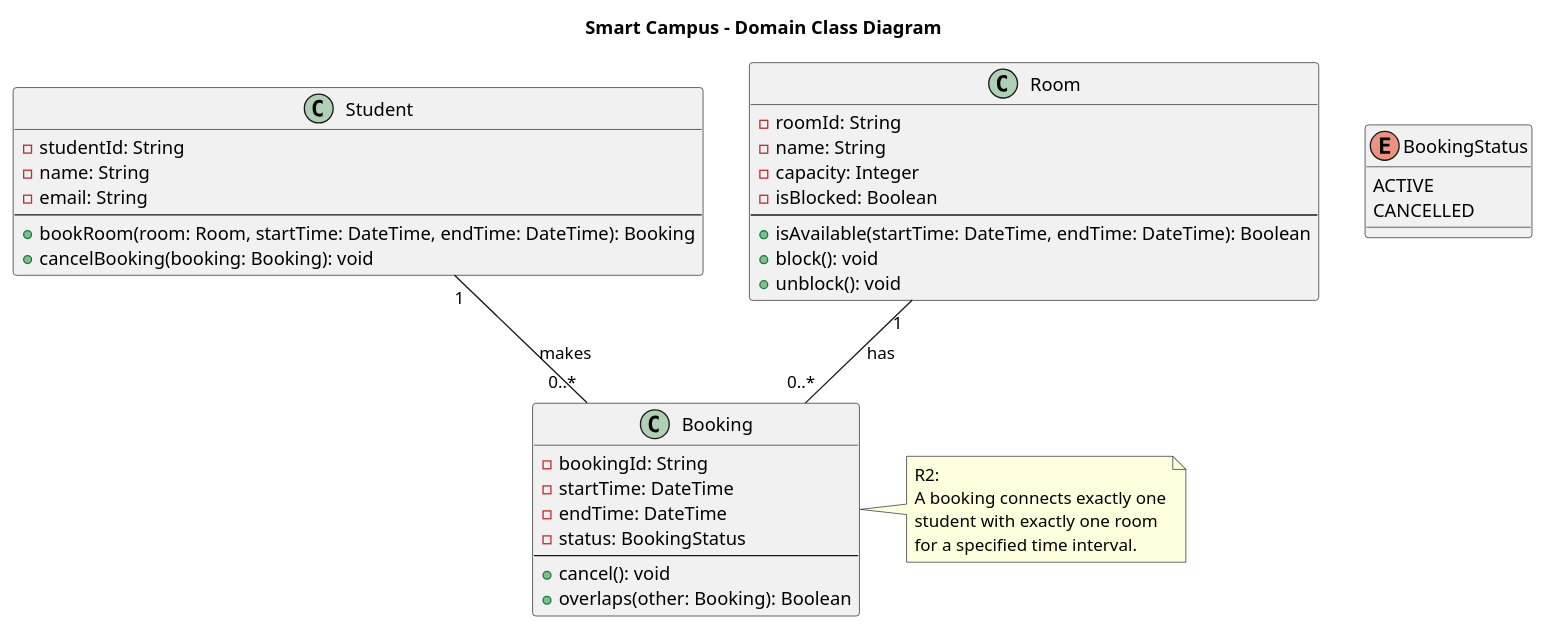
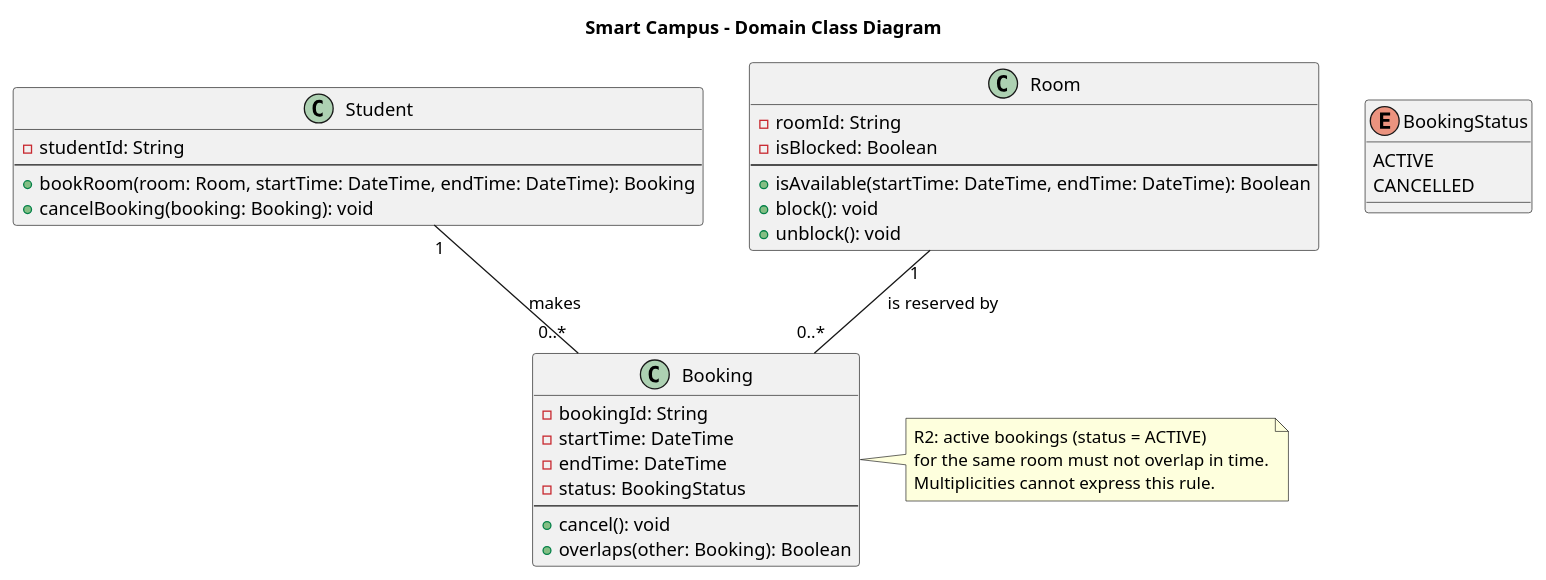
The diagram in week-04/models/class.puml (ZhagiparIIDidar/SE-practice), drawn with PlantUML before and after one commit. The commit also changed other lines of this file and 3 other files, not shown here.

```diff
--- a/week-04/models/class.puml
+++ b/week-04/models/class.puml
@@ -2,49 +1,44 @@
 @startuml
 title Smart Campus - Domain Class Diagram
 
 class Student {
     - studentId: String
-    - name: String
-    - email: String
     --
     + bookRoom(room: Room, startTime: DateTime, endTime: DateTime): Booking
     + cancelBooking(booking: Booking): void
 }
 
 class Room {
     - roomId: String
-    - name: String
-    - capacity: Integer
     - isBlocked: Boolean
     --
     + isAvailable(startTime: DateTime, endTime: DateTime): Boolean
     + block(): void
     + unblock(): void
 }
 
 class Booking {
     - bookingId: String
     - startTime: DateTime
     - endTime: DateTime
     - status: BookingStatus
     --
     + cancel(): void
     + overlaps(other: Booking): Boolean
 }
 
 enum BookingStatus {
     ACTIVE
     CANCELLED
 }
 
 Student "1" -- "0..*" Booking : makes
-Room "1" -- "0..*" Booking : has
+Room "1" -- "0..*" Booking : is reserved by
 
 note right of Booking
-R2:
-A booking connects exactly one
-student with exactly one room
-for a specified time interval.
+R2: active bookings (status = ACTIVE)
+for the same room must not overlap in time.
+Multiplicities cannot express this rule.
 end note
 
 @enduml
```
